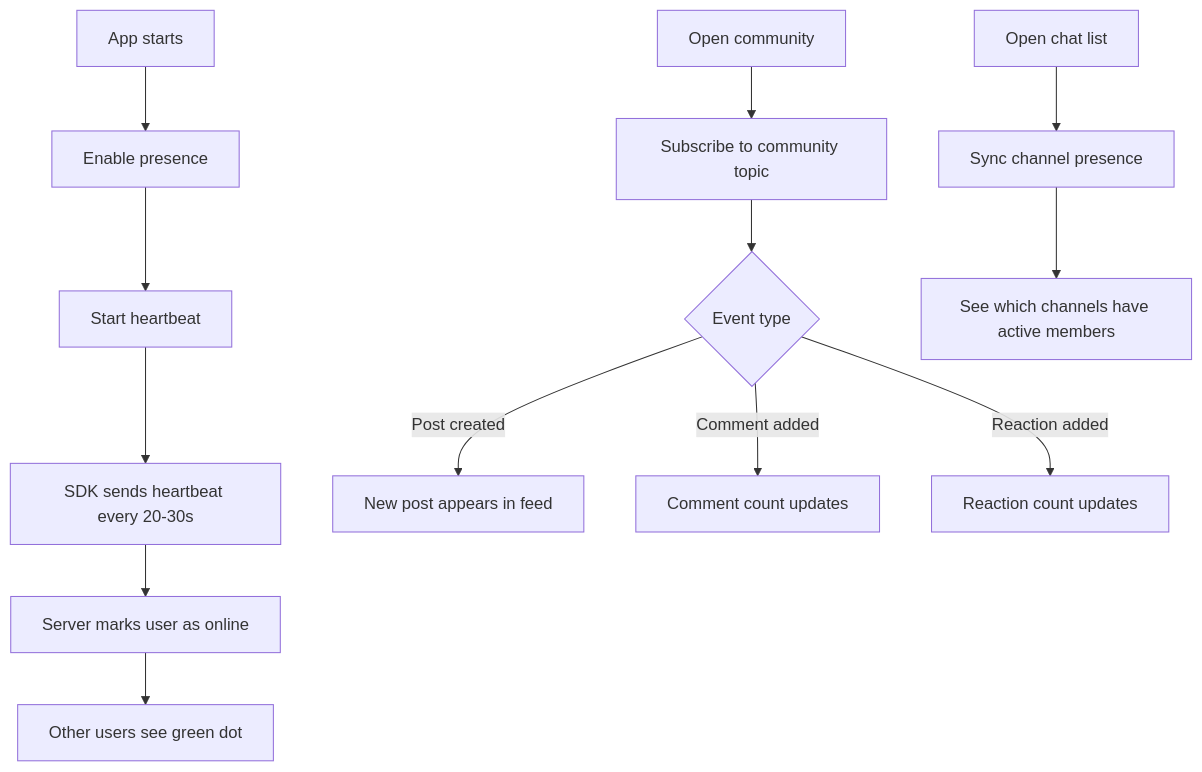
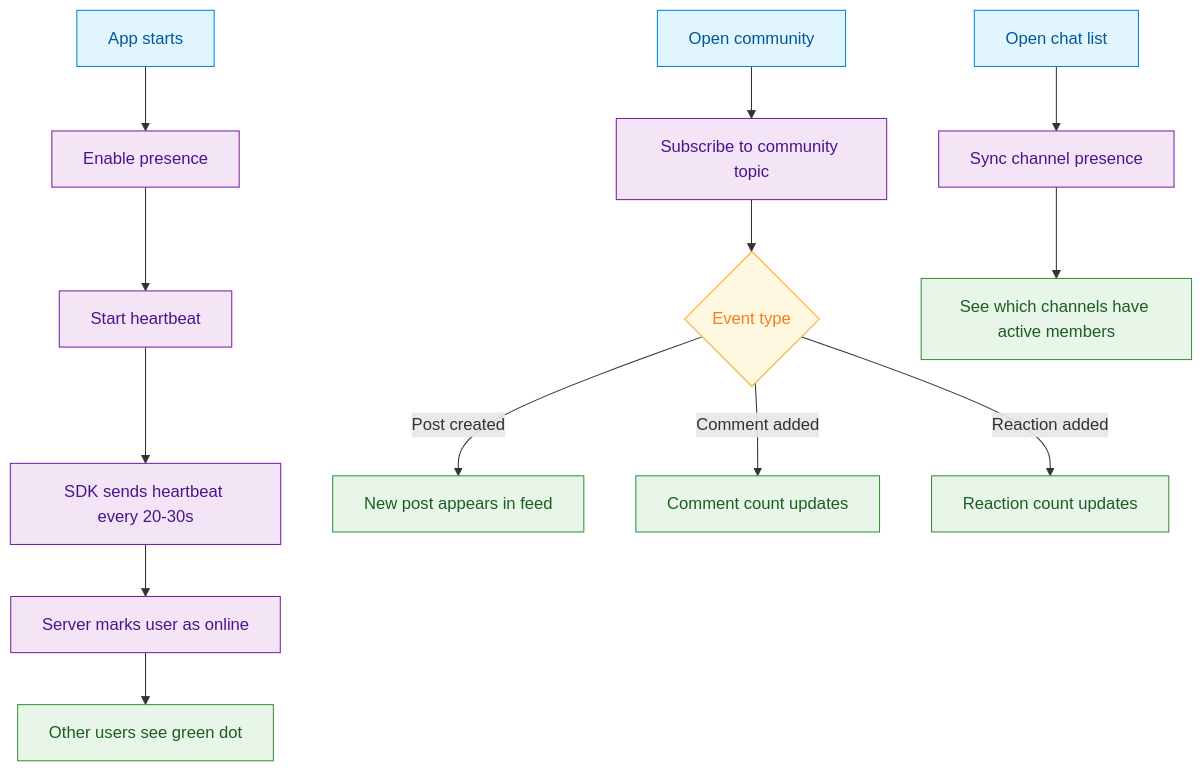
Before and after one commit to AmityCo/social-plus-docs: the diagram in use-cases/social/realtime-presence-and-activity.mdx, drawn with Mermaid. The commit also changed other lines of this file and 26 other files, not shown here.

````diff
--- a/use-cases/social/realtime-presence-and-activity.mdx
+++ b/use-cases/social/realtime-presence-and-activity.mdx
@@ -34,17 +32,27 @@
 ```mermaid
 graph TD
     A[App starts] --> B[Enable presence]
     B --> C[Start heartbeat]
     C --> D[SDK sends heartbeat every 20-30s]
     D --> E[Server marks user as online]
     E --> F[Other users see green dot]
     
     G[Open community] --> H[Subscribe to community topic]
     H --> I{Event type}
     I -->|Post created| J[New post appears in feed]
     I -->|Comment added| K[Comment count updates]
     I -->|Reaction added| L[Reaction count updates]
     
     M[Open chat list] --> N[Sync channel presence]
     N --> O[See which channels have active members]
+
+    classDef action fill:#e1f5fe,stroke:#0288d1,color:#01579b
+    classDef decision fill:#fff8e1,stroke:#f9a825,color:#f57f17
+    classDef process fill:#f3e5f5,stroke:#7b1fa2,color:#4a148c
+    classDef outcome fill:#e8f5e9,stroke:#388e3c,color:#1b5e20
+
+    class A,G,M action
+    class I decision
+    class B,C,D,E,H,N process
+    class F,J,K,L,O outcome
 ```
````
